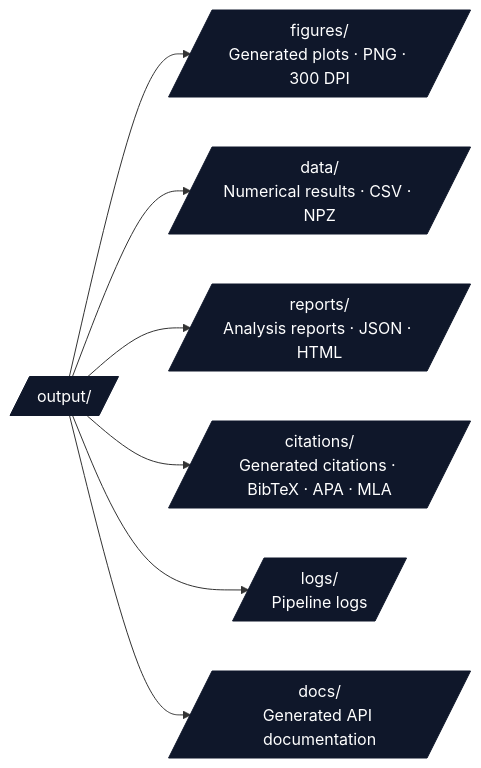
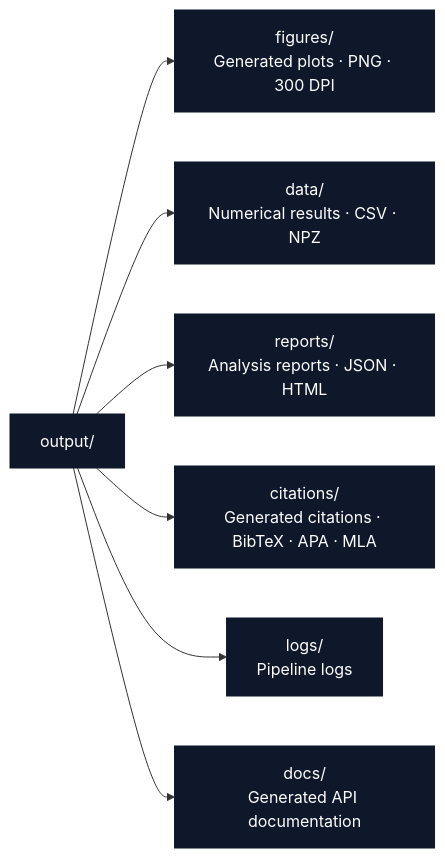
The diagram in projects/templates/template_code_project/scripts/CONVENTIONS.md (docxology/template), drawn with Mermaid before and after one commit. The commit also changed 94 other files, not shown here.

````diff
--- a/projects/templates/template_code_project/scripts/CONVENTIONS.md
+++ b/projects/templates/template_code_project/scripts/CONVENTIONS.md
@@ -68,13 +68,13 @@
 ```mermaid
 flowchart LR
-    OUT[/output//]
-    OUT --> FIG[/figures/<br/>Generated plots · PNG · 300 DPI/]
-    OUT --> DAT[/data/<br/>Numerical results · CSV · NPZ/]
-    OUT --> REP[/reports/<br/>Analysis reports · JSON · HTML/]
-    OUT --> CIT[/citations/<br/>Generated citations · BibTeX · APA · MLA/]
-    OUT --> LOG[/logs/<br/>Pipeline logs/]
-    OUT --> DOC[/docs/<br/>Generated API documentation/]
+    OUT[output/]
+    OUT --> FIG[figures/<br/>Generated plots · PNG · 300 DPI]
+    OUT --> DAT[data/<br/>Numerical results · CSV · NPZ]
+    OUT --> REP[reports/<br/>Analysis reports · JSON · HTML]
+    OUT --> CIT[citations/<br/>Generated citations · BibTeX · APA · MLA]
+    OUT --> LOG[logs/<br/>Pipeline logs]
+    OUT --> DOC[docs/<br/>Generated API documentation]
 
     classDef d fill:#0f172a,stroke:#0f172a,color:#fff
     class OUT,FIG,DAT,REP,CIT,LOG,DOC d
 ```
````
